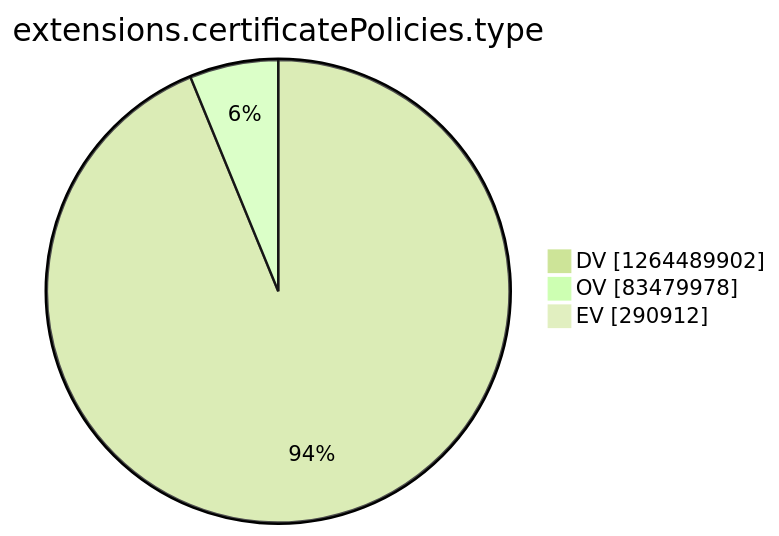
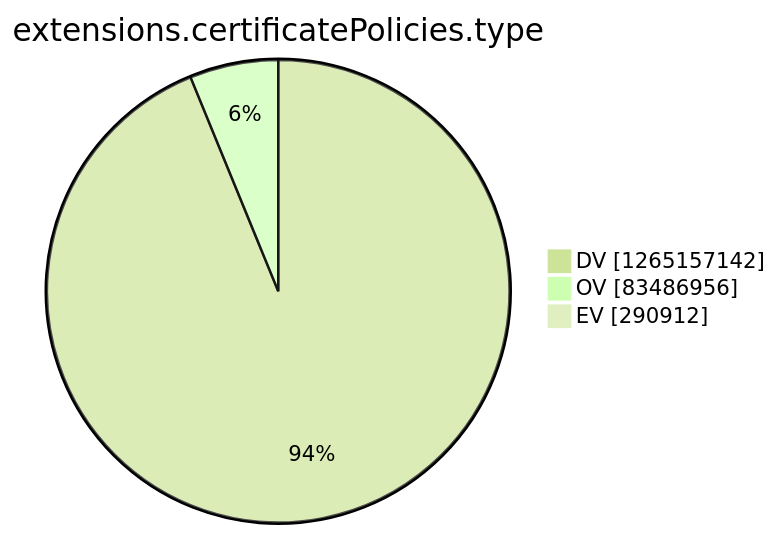
Before and after one commit to christiankrug/ctmonitor_visualization: the tenth of 15 diagrams in argon2022/README.md, drawn with Mermaid (forest theme). The commit also changed other lines of this file, not shown here.

````diff
--- a/argon2022/README.md
+++ b/argon2022/README.md
@@ -2771,7 +2771,7 @@
 ```mermaid
 pie showData
 title extensions.certificatePolicies.type
-"DV" :1264489902
-"OV" :83479978
+"DV" :1265157142
+"OV" :83486956
 "EV" :290912
 ```
````
